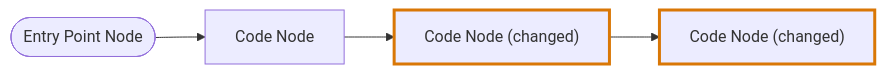
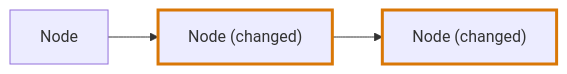
One commit to kidlat-dakila/flight-plan changed the first of 2 diagrams in docs/vocabulary/journey-flow-diagram.md. Above: the diagram before and after it, drawn with Mermaid. The commit also changed other lines of this file and 207 other files, not shown here.

First line of the commit message:
feat: Refactor journey flow diagrams and written parts handling

````diff
--- a/docs/vocabulary/journey-flow-diagram.md
+++ b/docs/vocabulary/journey-flow-diagram.md
@@ -9,5 +9,5 @@
 ```mermaid
 flowchart LR
-  entry(["Entry Point Node"]) --> first["Code Node"] --> second["Code Node (changed)"]:::changed --> third["Code Node (changed)"]:::changed
+  first["Node"] --> second["Node (changed)"]:::changed --> third["Node (changed)"]:::changed
   classDef changed stroke:#d97706,stroke-width:3px
 ```
````
